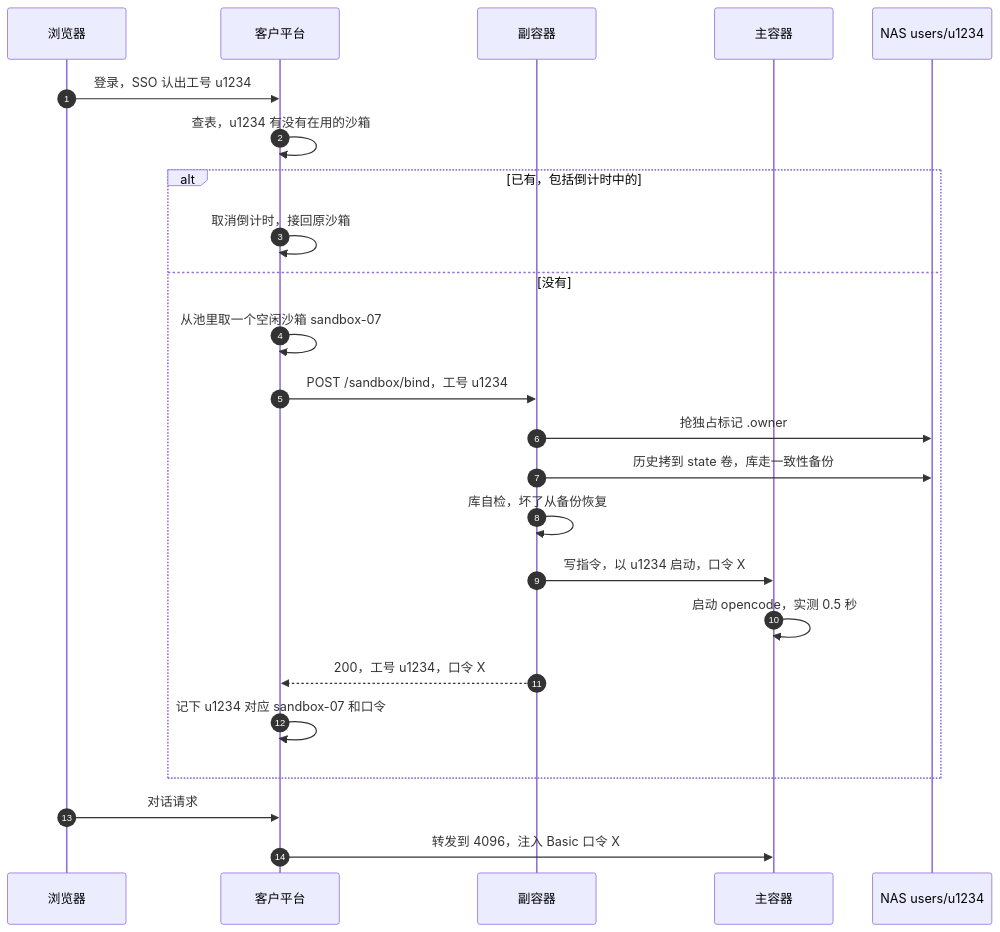
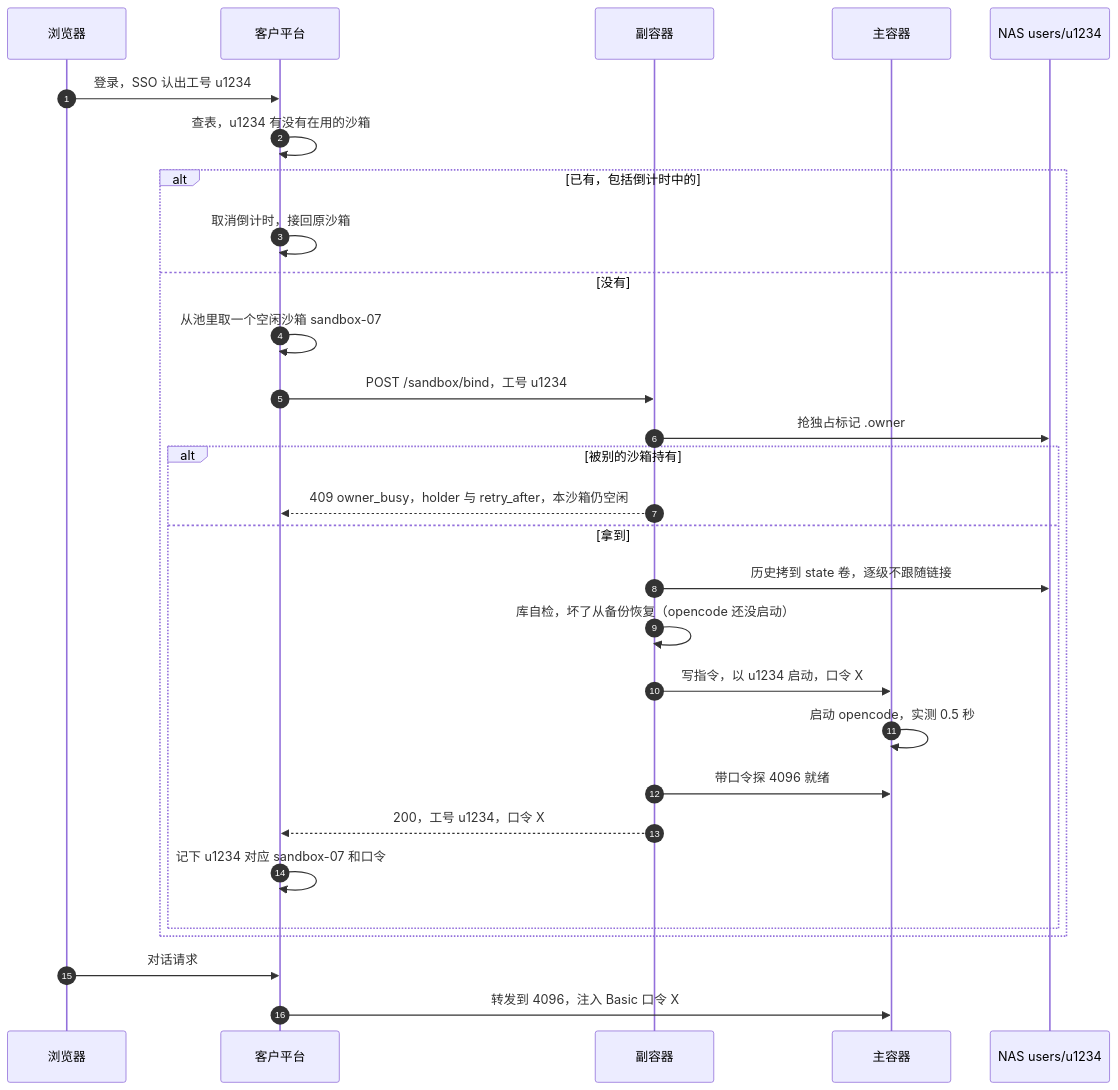
The fourth of 5 diagrams in docs/specs/2026-10-13-sandbox-pool-design.md (sqlrush/gh_agent_k8s), drawn with Mermaid before and after one commit. The commit also changed other lines of this file, not shown here.

````diff
--- a/docs/specs/2026-10-13-sandbox-pool-design.md
+++ b/docs/specs/2026-10-13-sandbox-pool-design.md
@@ -299,26 +321,31 @@
 ```mermaid
 sequenceDiagram
     autonumber
     participant B as 浏览器
     participant P as 客户平台
     participant S as 副容器
     participant M as 主容器
     participant N as NAS users/u1234
     B->>P: 登录，SSO 认出工号 u1234
     P->>P: 查表，u1234 有没有在用的沙箱
     alt 已有，包括倒计时中的
         P->>P: 取消倒计时，接回原沙箱
     else 没有
         P->>P: 从池里取一个空闲沙箱 sandbox-07
         P->>S: POST /sandbox/bind，工号 u1234
         S->>N: 抢独占标记 .owner
-        S->>N: 历史拷到 state 卷，库走一致性备份
-        S->>S: 库自检，坏了从备份恢复
-        S->>M: 写指令，以 u1234 启动，口令 X
-        M->>M: 启动 opencode，实测 0.5 秒
-        S-->>P: 200，工号 u1234，口令 X
-        P->>P: 记下 u1234 对应 sandbox-07 和口令
+        alt 被别的沙箱持有
+            S-->>P: 409 owner_busy，holder 与 retry_after，本沙箱仍空闲
+        else 拿到
+            S->>N: 历史拷到 state 卷，逐级不跟随链接
+            S->>S: 库自检，坏了从备份恢复（opencode 还没启动）
+            S->>M: 写指令，以 u1234 启动，口令 X
+            M->>M: 启动 opencode，实测 0.5 秒
+            S->>M: 带口令探 4096 就绪
+            S-->>P: 200，工号 u1234，口令 X
+            P->>P: 记下 u1234 对应 sandbox-07 和口令
+        end
     end
     B->>P: 对话请求
     P->>M: 转发到 4096，注入 Basic 口令 X
 ```
````
